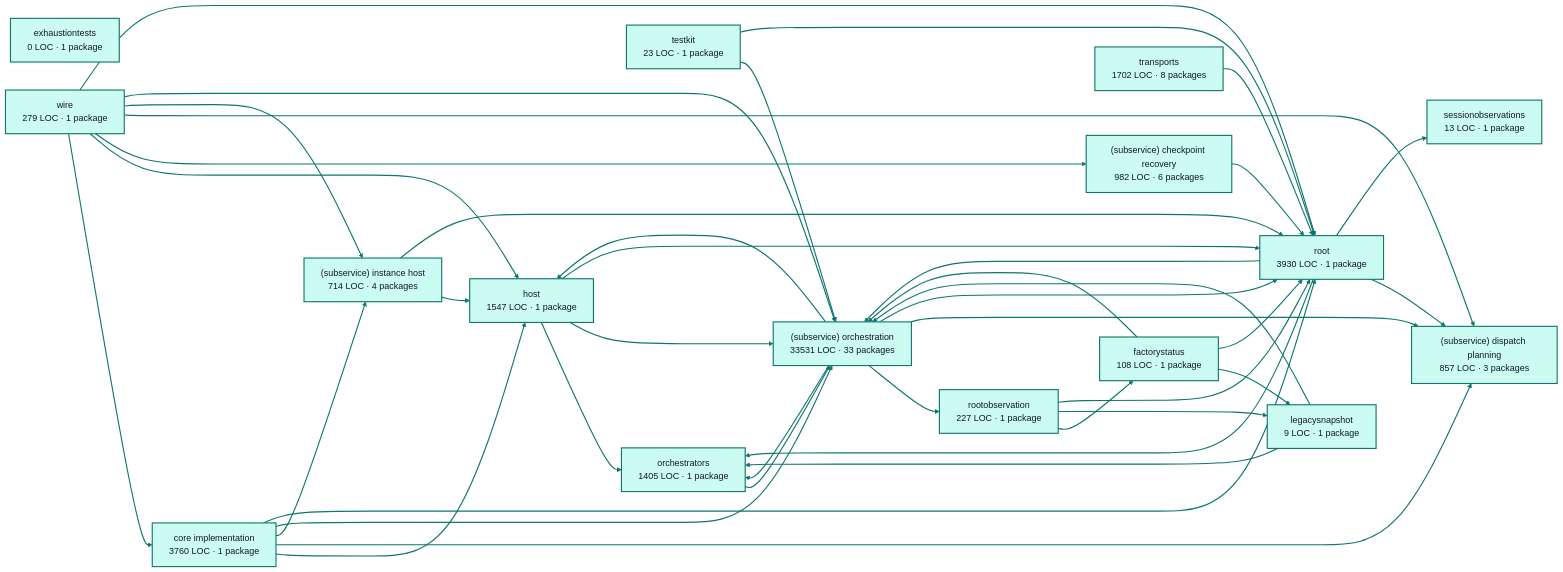
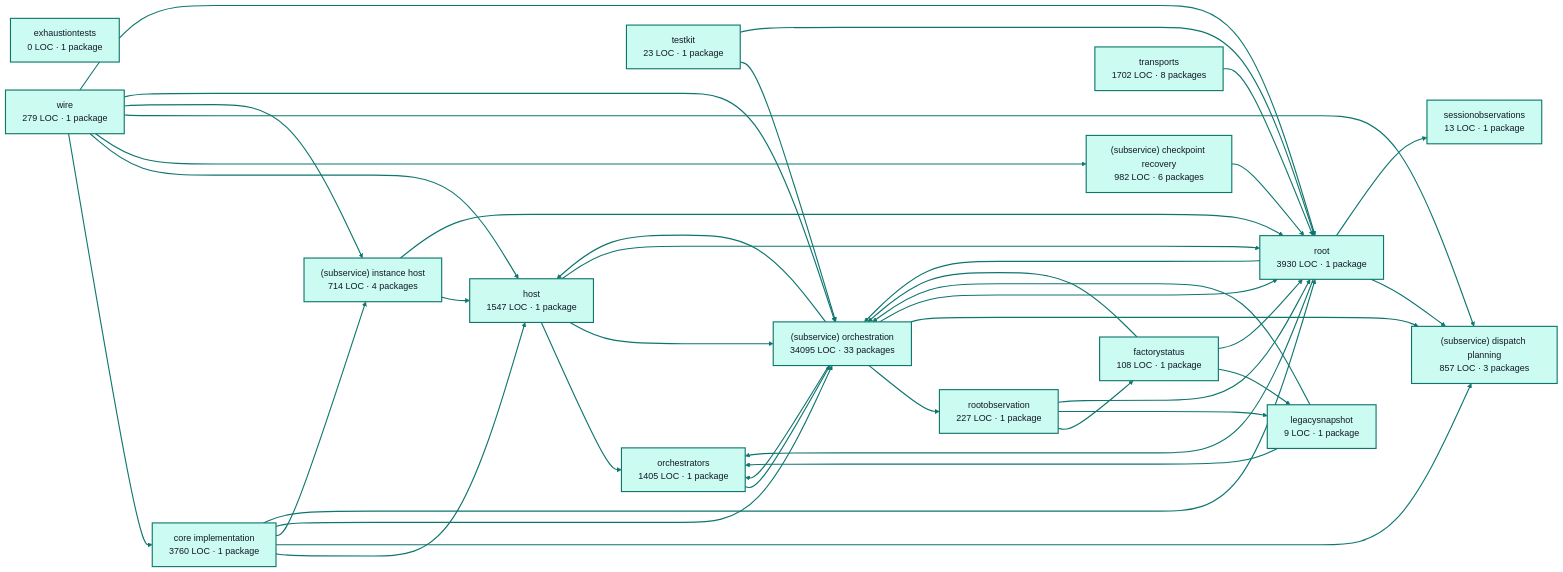
One commit to portpowered/you-agent-factory changed the diagram in docs/architecture/visualizations/services/factory_runtime.md. Above: the diagram before and after it, drawn with Mermaid (neutral theme). The commit also changed other lines of this file and 20 other files, not shown here.

Commit message:
docs: refresh backend architecture visualizations

````diff
--- a/docs/architecture/visualizations/services/factory_runtime.md
+++ b/docs/architecture/visualizations/services/factory_runtime.md
@@ -11,75 +11,75 @@
 ```mermaid
 flowchart LR
   p0["core implementation<br/>3760 LOC · 1 package"]
   p1["exhaustiontests<br/>0 LOC · 1 package"]
   p2["factorystatus<br/>108 LOC · 1 package"]
   p3["host<br/>1547 LOC · 1 package"]
   p4["legacysnapshot<br/>9 LOC · 1 package"]
   p5["orchestrators<br/>1405 LOC · 1 package"]
   p6["rootobservation<br/>227 LOC · 1 package"]
   p7["(subservice) checkpoint recovery<br/>982 LOC · 6 packages"]
   p8["(subservice) dispatch planning<br/>857 LOC · 3 packages"]
   p9["(subservice) instance host<br/>714 LOC · 4 packages"]
-  p10["(subservice) orchestration<br/>33531 LOC · 33 packages"]
+  p10["(subservice) orchestration<br/>34095 LOC · 33 packages"]
   p11["sessionobservations<br/>13 LOC · 1 package"]
   p12["testkit<br/>23 LOC · 1 package"]
   p13["root<br/>3930 LOC · 1 package"]
   p14["transports<br/>1702 LOC · 8 packages"]
   p15["wire<br/>279 LOC · 1 package"]
   p0 --> p3
   p0 --> p8
   p0 --> p9
   p0 --> p10
   p0 --> p13
   p2 --> p4
   p2 --> p10
   p2 --> p13
   p3 --> p5
   p3 --> p10
   p3 --> p13
   p4 --> p5
   p4 --> p10
   p5 --> p10
   p6 --> p2
   p6 --> p4
   p6 --> p13
   p7 --> p13
   p9 --> p3
   p9 --> p13
   p10 --> p3
   p10 --> p5
   p10 --> p6
   p10 --> p8
   p10 --> p13
   p12 --> p10
   p12 --> p13
   p13 --> p5
   p13 --> p8
   p13 --> p10
   p13 --> p11
   p14 --> p13
   p15 --> p0
   p15 --> p3
   p15 --> p7
   p15 --> p8
   p15 --> p9
   p15 --> p10
   p15 --> p13
   style p0 fill:#ccfbf1,stroke:#0f766e,stroke-width:2px,color:#111827
   style p1 fill:#ccfbf1,stroke:#0f766e,stroke-width:2px,color:#111827
   style p2 fill:#ccfbf1,stroke:#0f766e,stroke-width:2px,color:#111827
   style p3 fill:#ccfbf1,stroke:#0f766e,stroke-width:2px,color:#111827
   style p4 fill:#ccfbf1,stroke:#0f766e,stroke-width:2px,color:#111827
   style p5 fill:#ccfbf1,stroke:#0f766e,stroke-width:2px,color:#111827
   style p6 fill:#ccfbf1,stroke:#0f766e,stroke-width:2px,color:#111827
   style p7 fill:#ccfbf1,stroke:#0f766e,stroke-width:2px,color:#111827
   style p8 fill:#ccfbf1,stroke:#0f766e,stroke-width:2px,color:#111827
   style p9 fill:#ccfbf1,stroke:#0f766e,stroke-width:2px,color:#111827
   style p10 fill:#ccfbf1,stroke:#0f766e,stroke-width:2px,color:#111827
   style p11 fill:#ccfbf1,stroke:#0f766e,stroke-width:2px,color:#111827
   style p12 fill:#ccfbf1,stroke:#0f766e,stroke-width:2px,color:#111827
   style p13 fill:#ccfbf1,stroke:#0f766e,stroke-width:2px,color:#111827
   style p14 fill:#ccfbf1,stroke:#0f766e,stroke-width:2px,color:#111827
   style p15 fill:#ccfbf1,stroke:#0f766e,stroke-width:2px,color:#111827
   linkStyle default stroke:#0f766e,stroke-width:2px
 ```
````
